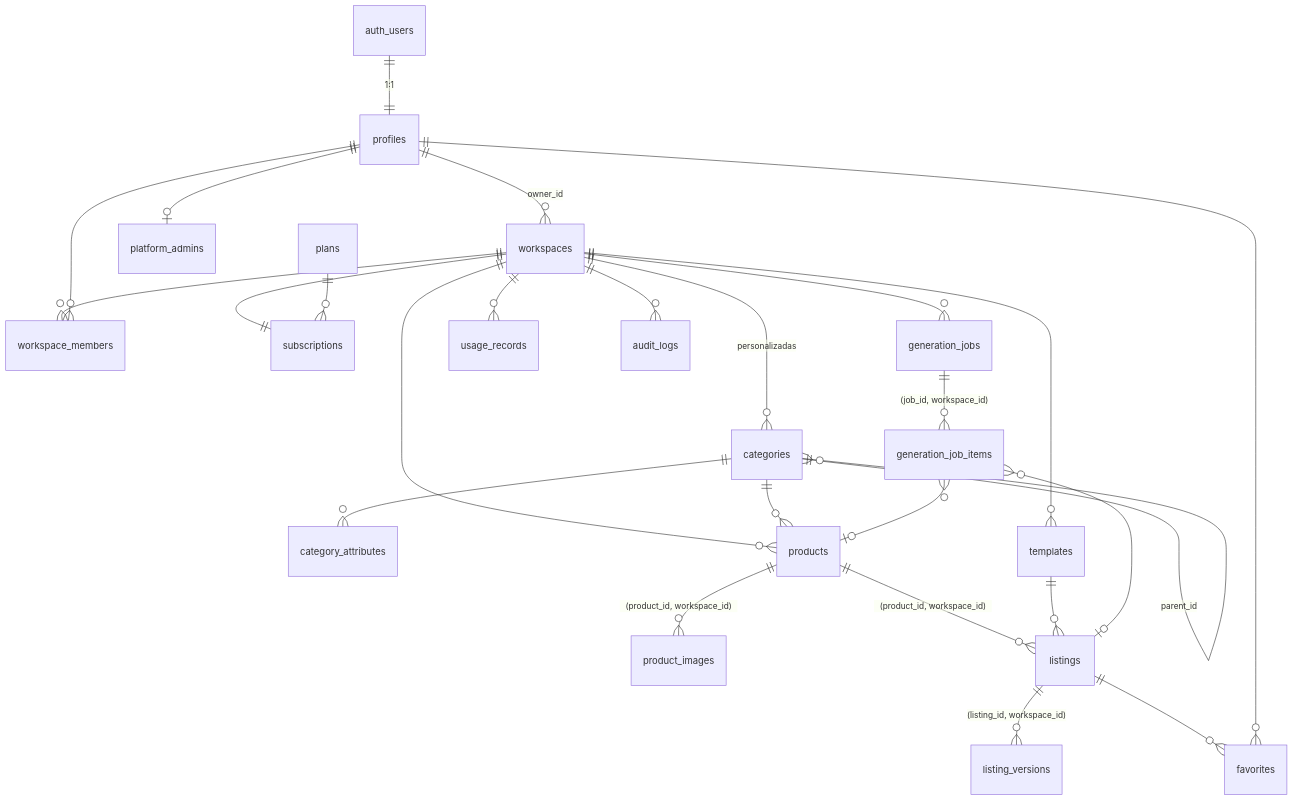
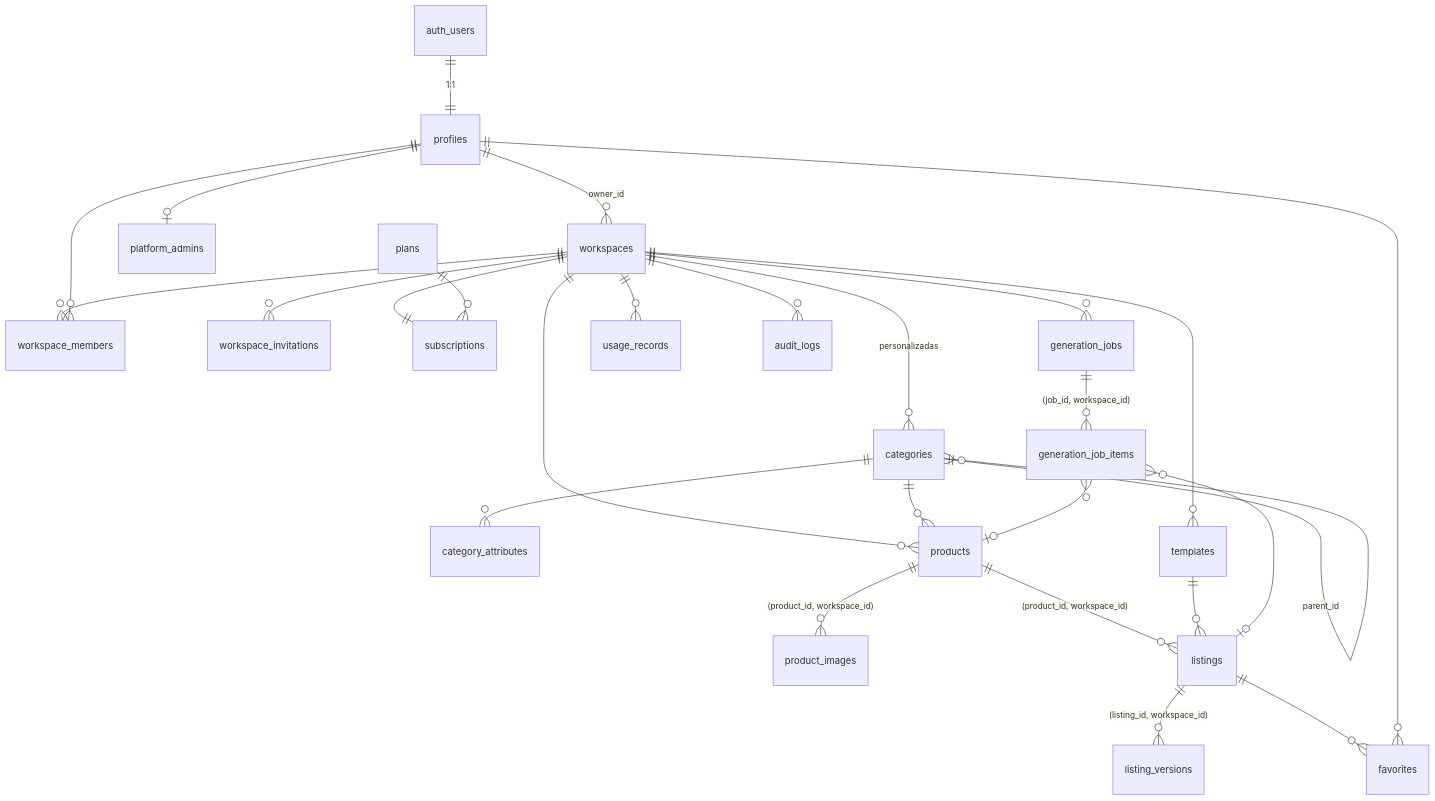
The diagram in docs/BASE-DE-DATOS.md (pablo1234A/MotorWorld), drawn with Mermaid before and after one commit. The commit also changed other lines of this file and 8 other files, not shown here.

````diff
--- a/docs/BASE-DE-DATOS.md
+++ b/docs/BASE-DE-DATOS.md
@@ -19,28 +21,29 @@
 ```mermaid
 erDiagram
   auth_users ||--|| profiles : "1:1"
   profiles ||--o{ workspaces : "owner_id"
   profiles ||--o| platform_admins : ""
   workspaces ||--o{ workspace_members : ""
+  workspaces ||--o{ workspace_invitations : ""
   profiles ||--o{ workspace_members : ""
   workspaces ||--|| subscriptions : ""
   plans ||--o{ subscriptions : ""
   workspaces ||--o{ categories : "personalizadas"
   categories ||--o{ categories : "parent_id"
   categories ||--o{ category_attributes : ""
   workspaces ||--o{ products : ""
   categories ||--o{ products : ""
   products ||--o{ product_images : "(product_id, workspace_id)"
   products ||--o{ listings : "(product_id, workspace_id)"
   templates ||--o{ listings : ""
   workspaces ||--o{ templates : ""
   listings ||--o{ listing_versions : "(listing_id, workspace_id)"
   listings ||--o{ favorites : ""
   profiles ||--o{ favorites : ""
   workspaces ||--o{ generation_jobs : ""
   generation_jobs ||--o{ generation_job_items : "(job_id, workspace_id)"
   generation_job_items }o--o| products : ""
   generation_job_items }o--o| listings : ""
   workspaces ||--o{ usage_records : ""
   workspaces ||--o{ audit_logs : ""
 ```
````
